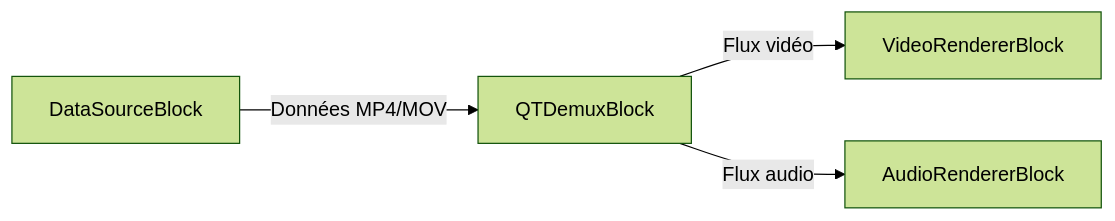
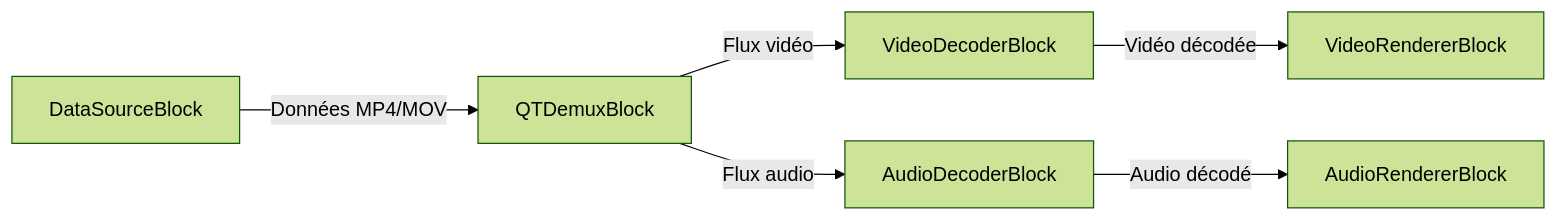
The second of 4 diagrams in dotnet/mediablocks/Demuxers/index.fr.md (visioforge/help), drawn with Mermaid (forest theme) before and after one commit. The commit also changed other lines of this file and 194 other files, not shown here.

````diff
--- a/dotnet/mediablocks/Demuxers/index.fr.md
+++ b/dotnet/mediablocks/Demuxers/index.fr.md
@@ -149,6 +159,8 @@
 ```mermaid
 graph LR;
     DataSourceBlock -- Données MP4/MOV --> QTDemuxBlock;
-    QTDemuxBlock -- Flux vidéo --> VideoRendererBlock;
-    QTDemuxBlock -- Flux audio --> AudioRendererBlock;
+    QTDemuxBlock -- Flux vidéo --> VideoDecoderBlock;
+    VideoDecoderBlock -- Vidéo décodée --> VideoRendererBlock;
+    QTDemuxBlock -- Flux audio --> AudioDecoderBlock;
+    AudioDecoderBlock -- Audio décodé --> AudioRendererBlock;
 ```
````
